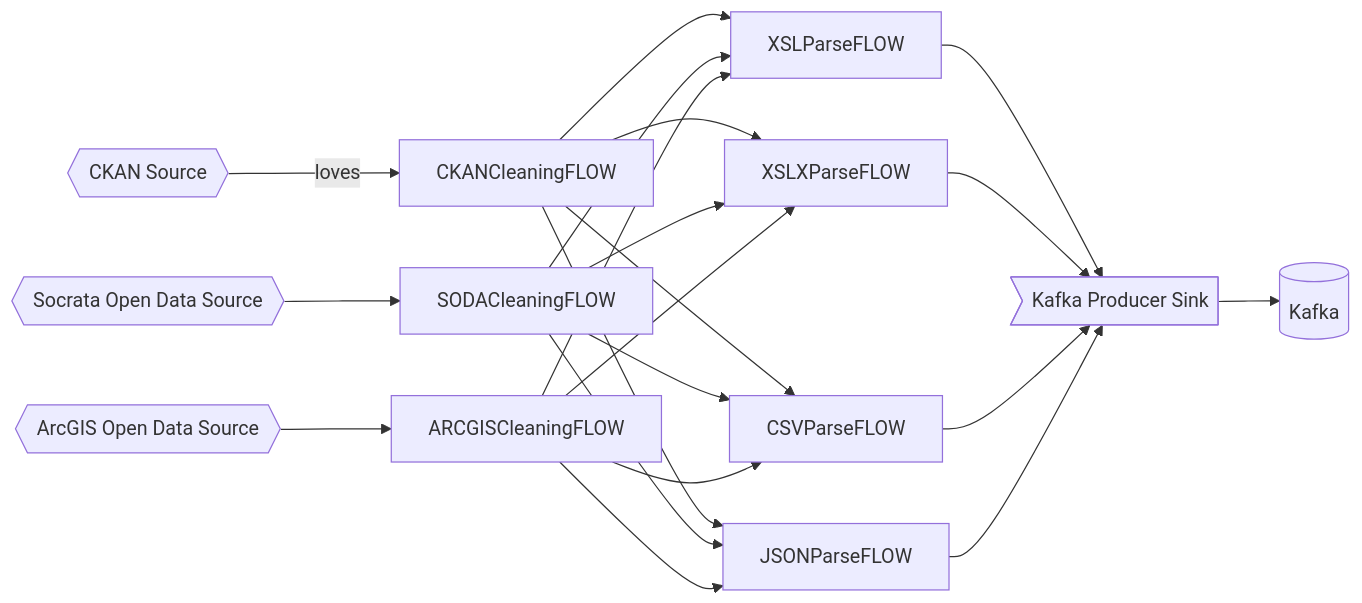
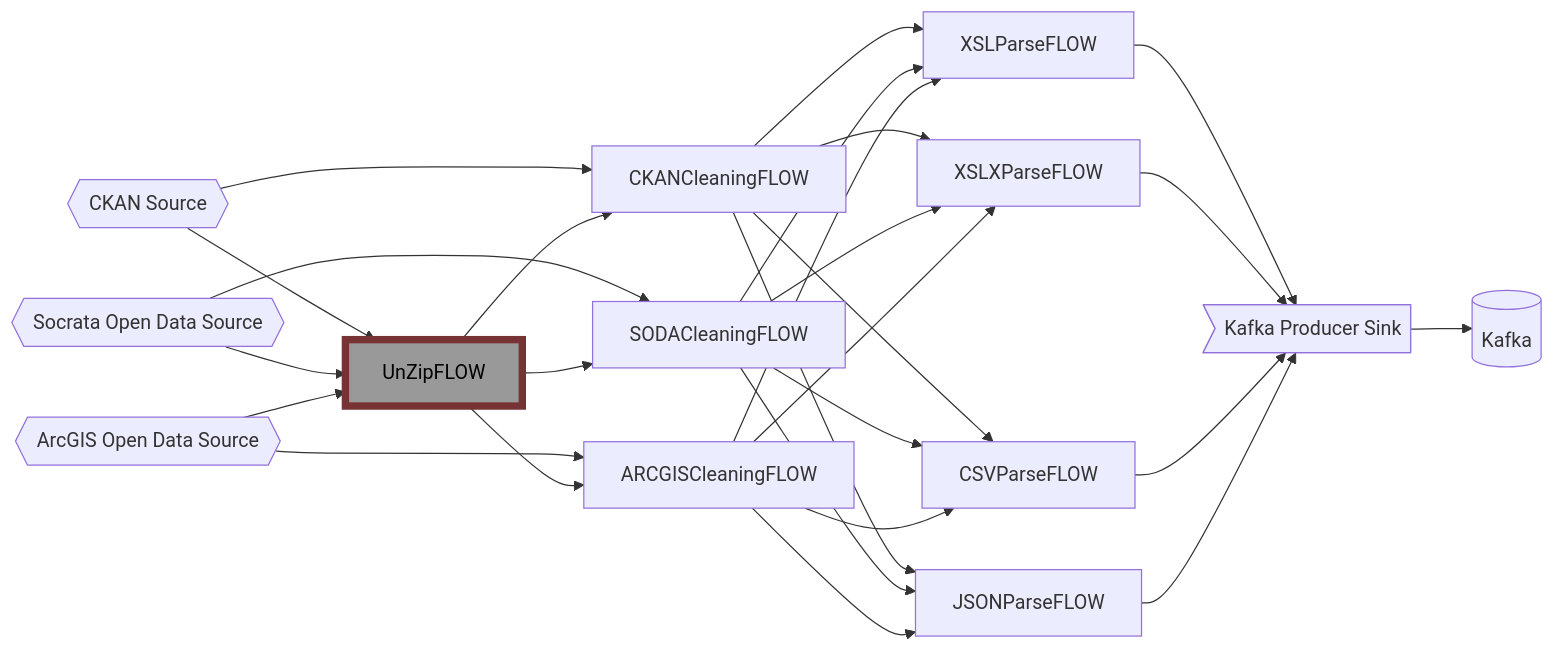
One commit to professor-greebie/test-compile changed the second of 2 diagrams in architecture/streams.md. Above: the diagram before and after it, drawn with Mermaid. The commit also changed 16 other files, not shown here.

````diff
--- a/architecture/streams.md
+++ b/architecture/streams.md
@@ -21,43 +21,51 @@
 ```mermaid
 
 flowchart LR
   KafkaProducerSink> Kafka Producer Sink]
   CKANSource{{CKAN Source}}
   SODASource{{Socrata Open Data Source}}
   ARCGISSource{{ArcGIS Open Data Source}}
   CKANCleaningFLOW
   SODACleaningFLOW
   ARCGISCleaningFLOW
   XSLParseFLOW
   XSLXParseFLOW
   CSVParseFLOW
   JSONParseFLOW
+  UnZipFLOW
+  style UnZipFLOW fill:#999,stroke:#733,stroke-width:6px,color:#000
 
 
   Kafka[(Kafka)]
 
   KafkaProducerSink --> Kafka
   Kafka
-  CKANSource -- loves --> CKANCleaningFLOW
+  CKANSource --> CKANCleaningFLOW
   SODASource --> SODACleaningFLOW
   ARCGISSource --> ARCGISCleaningFLOW
+  UnZipFLOW --> SODACleaningFLOW
+  UnZipFLOW --> CKANCleaningFLOW
+  UnZipFLOW --> ARCGISCleaningFLOW
+  CKANSource --> UnZipFLOW
+  SODASource --> UnZipFLOW
+  ARCGISSource --> UnZipFLOW
   CKANCleaningFLOW --> XSLParseFLOW
   CKANCleaningFLOW --> XSLXParseFLOW
   CKANCleaningFLOW --> JSONParseFLOW
   CKANCleaningFLOW --> CSVParseFLOW
   SODACleaningFLOW --> XSLParseFLOW
   SODACleaningFLOW --> XSLXParseFLOW
   SODACleaningFLOW --> CSVParseFLOW
   SODACleaningFLOW --> JSONParseFLOW
   ARCGISCleaningFLOW --> XSLParseFLOW
   ARCGISCleaningFLOW --> XSLXParseFLOW
   ARCGISCleaningFLOW --> CSVParseFLOW
   ARCGISCleaningFLOW --> JSONParseFLOW
   XSLParseFLOW --> KafkaProducerSink
   XSLXParseFLOW --> KafkaProducerSink
   CSVParseFLOW --> KafkaProducerSink
   JSONParseFLOW --> KafkaProducerSink
 
 
 
 ```
````
